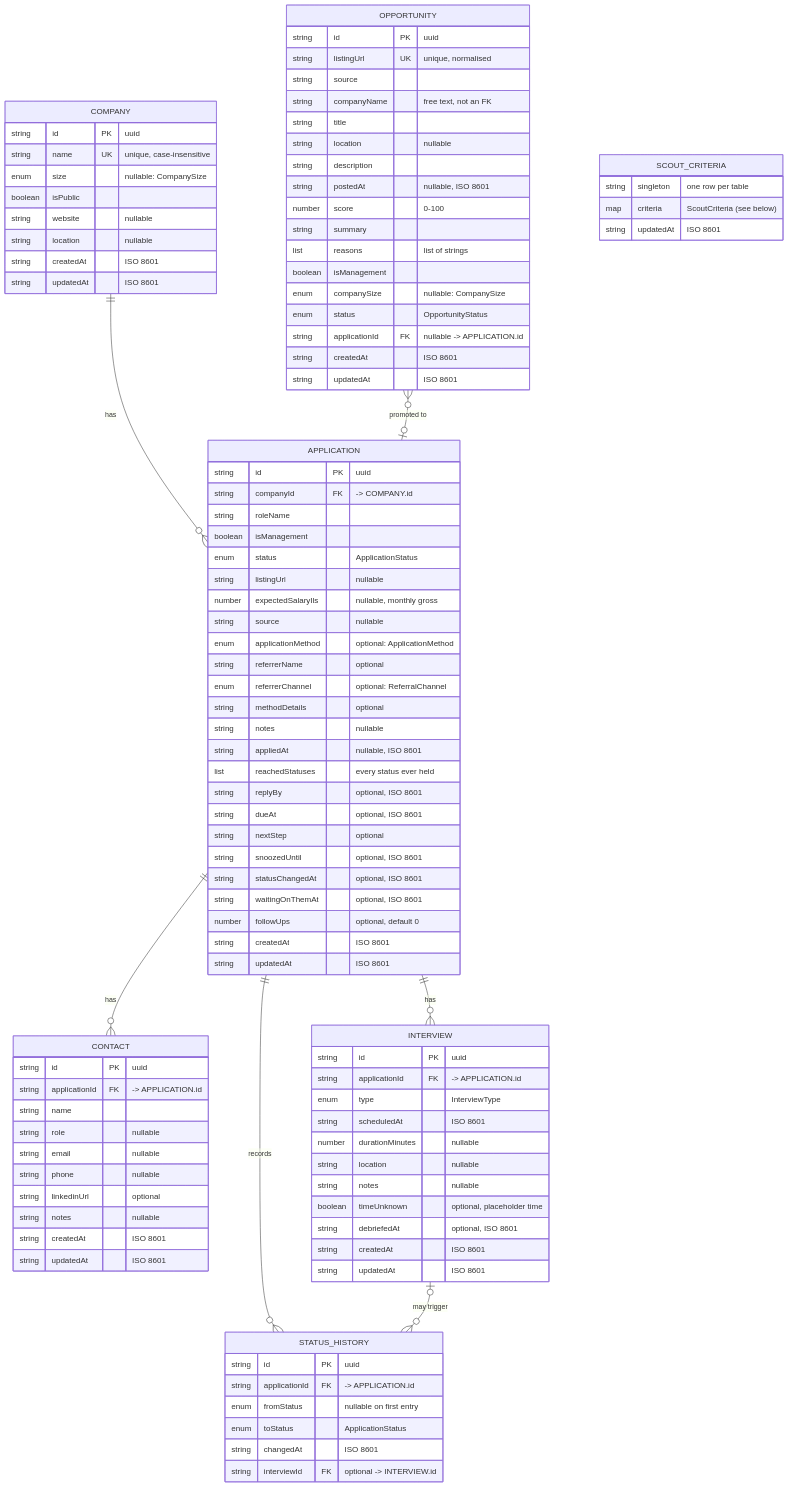
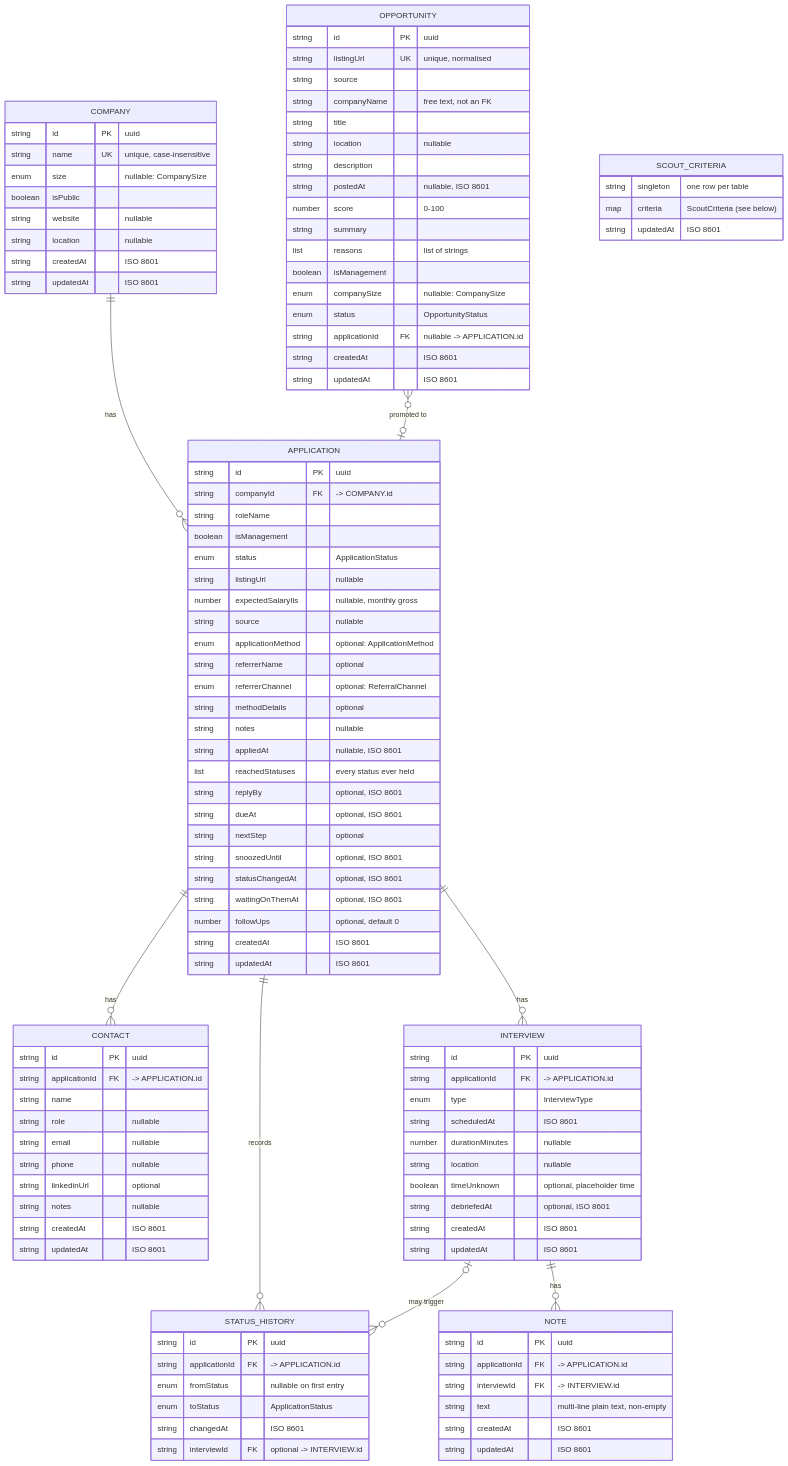
One commit to shayyzhakov/job-tracker changed the first of 2 diagrams in docs/DATA-MODEL.md. Above: the diagram before and after it, drawn with Mermaid. The commit also changed other lines of this file and 43 other files, not shown here.

First line of the commit message:
Add interview notes (requirement 10)

```diff
--- a/docs/DATA-MODEL.md
+++ b/docs/DATA-MODEL.md
@@ -16,6 +16,7 @@
     APPLICATION ||--o{ INTERVIEW : "has"
     APPLICATION ||--o{ STATUS_HISTORY : "records"
     INTERVIEW |o--o{ STATUS_HISTORY : "may trigger"
+    INTERVIEW ||--o{ NOTE : "has"
     OPPORTUNITY }o--o| APPLICATION : "promoted to"
     SCOUT_CRITERIA {
         string singleton "one row per table"
@@ -79,9 +80,17 @@
         string scheduledAt "ISO 8601"
         number durationMinutes "nullable"
         string location "nullable"
-        string notes "nullable"
         boolean timeUnknown "optional, placeholder time"
         string debriefedAt "optional, ISO 8601"
+        string createdAt "ISO 8601"
+        string updatedAt "ISO 8601"
+    }
+
+    NOTE {
+        string id PK "uuid"
+        string applicationId FK "-> APPLICATION.id"
+        string interviewId FK "-> INTERVIEW.id"
+        string text "multi-line plain text, non-empty"
         string createdAt "ISO 8601"
         string updatedAt "ISO 8601"
     }
```
